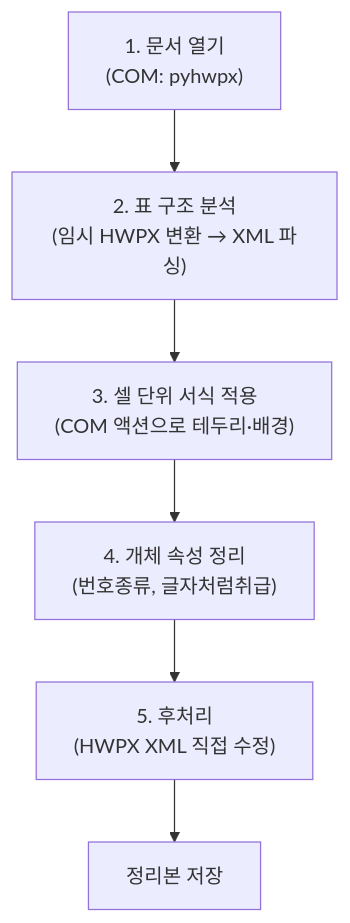
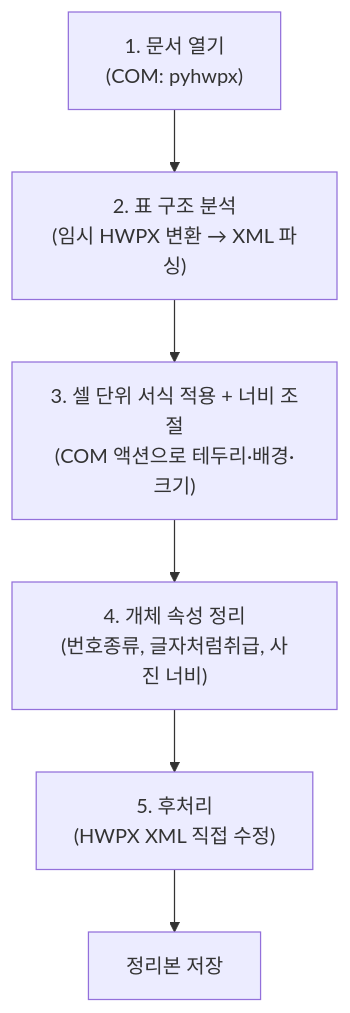
One commit to barumean/hwprenew changed the diagram in docs/walkthrough.md. Above: the diagram before and after it, drawn with Mermaid. The commit also changed other lines of this file and 4 other files, not shown here.

````diff
--- a/docs/walkthrough.md
+++ b/docs/walkthrough.md
@@ -58,8 +62,8 @@
 ```mermaid
 flowchart TD
     A["1. 문서 열기\n(COM: pyhwpx)"] --> B["2. 표 구조 분석\n(임시 HWPX 변환 → XML 파싱)"]
-    B --> C["3. 셀 단위 서식 적용\n(COM 액션으로 테두리·배경)"]
-    C --> D["4. 개체 속성 정리\n(번호종류, 글자처럼취급)"]
+    B --> C["3. 셀 단위 서식 적용 + 너비 조절\n(COM 액션으로 테두리·배경·크기)"]
+    C --> D["4. 개체 속성 정리\n(번호종류, 글자처럼취급, 사진 너비)"]
     D --> E["5. 후처리\n(HWPX XML 직접 수정)"]
     E --> F["정리본 저장"]
 ```
````
